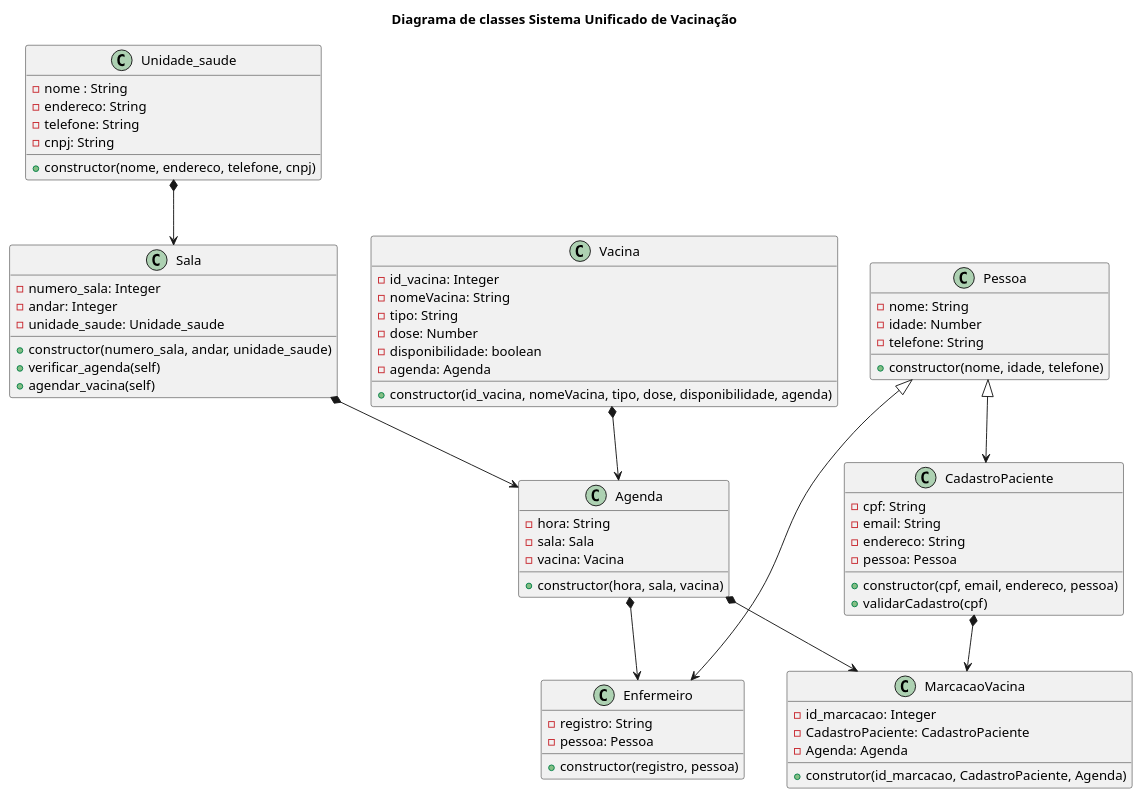
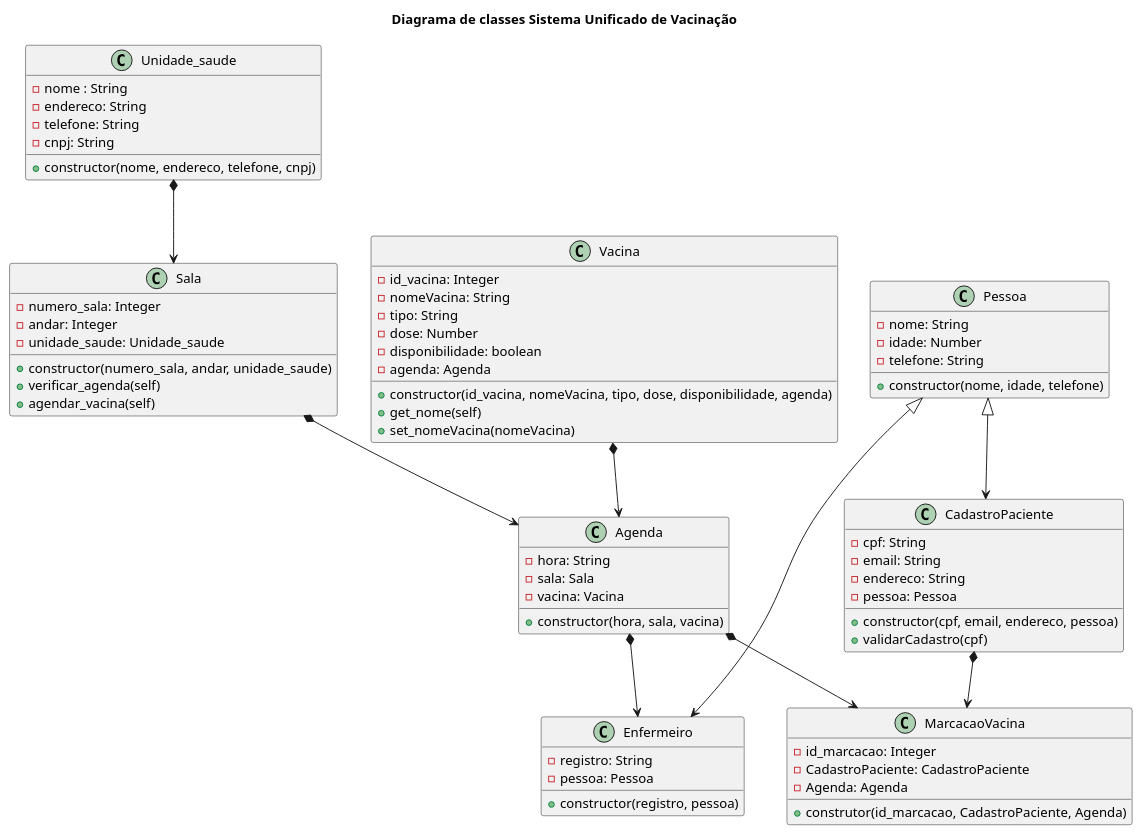
The diagram in diagrama_classe.plantuml (anleaes/2022-1-N2-POO-01), drawn with PlantUML before and after one commit.

Commit message:
atualizacao da classe Vacina no diagrama de classes

```diff
--- a/diagrama_classe.plantuml
+++ b/diagrama_classe.plantuml
@@ -1,78 +1,80 @@
 @startuml
 
 title Diagrama de classes Sistema Unificado de Vacinação
 
 class Unidade_saude{
     - nome : String
     - endereco: String
     - telefone: String
     - cnpj: String
     + constructor(nome, endereco, telefone, cnpj)
 }
 
 class Sala{
     - numero_sala: Integer
     - andar: Integer
     - unidade_saude: Unidade_saude 
     + constructor(numero_sala, andar, unidade_saude)
     + verificar_agenda(self)
     + agendar_vacina(self)
 }
 
 class Agenda{
     - hora: String
     - sala: Sala
     - vacina: Vacina
     + constructor(hora, sala, vacina)
 }
 
 
 Class Vacina{
     - id_vacina: Integer
     - nomeVacina: String
     - tipo: String
     - dose: Number
     - disponibilidade: boolean
     - agenda: Agenda
     + constructor(id_vacina, nomeVacina, tipo, dose, disponibilidade, agenda)
+    + get_nome(self)
+    + set_nomeVacina(nomeVacina)
 }
 
 class Pessoa{
     - nome: String
     - idade: Number
     - telefone: String
     + constructor(nome, idade, telefone)
 }
 
 class CadastroPaciente {
     - cpf: String
     - email: String
     - endereco: String
     - pessoa: Pessoa
     + constructor(cpf, email, endereco, pessoa)
     + validarCadastro(cpf)
 }
 
 class Enfermeiro {
     - registro: String
     - pessoa: Pessoa
     + constructor(registro, pessoa)
 }
 
 class MarcacaoVacina{
     - id_marcacao: Integer
     - CadastroPaciente: CadastroPaciente
     - Agenda: Agenda
     + construtor(id_marcacao, CadastroPaciente, Agenda)
 }
 
 Pessoa <|--> CadastroPaciente
 Pessoa <|--> Enfermeiro
 Unidade_saude *--> Sala
 Sala *--> Agenda
 Vacina *--> Agenda
 Agenda *--> Enfermeiro
 CadastroPaciente *--> MarcacaoVacina
 Agenda *--> MarcacaoVacina
 
 @enduml
```
